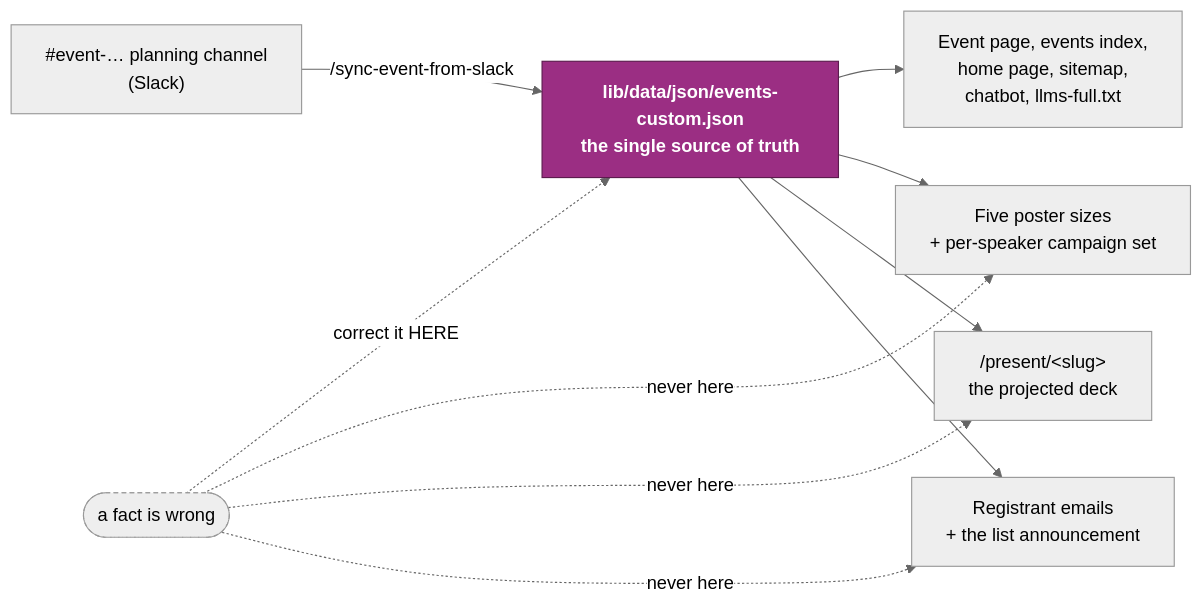
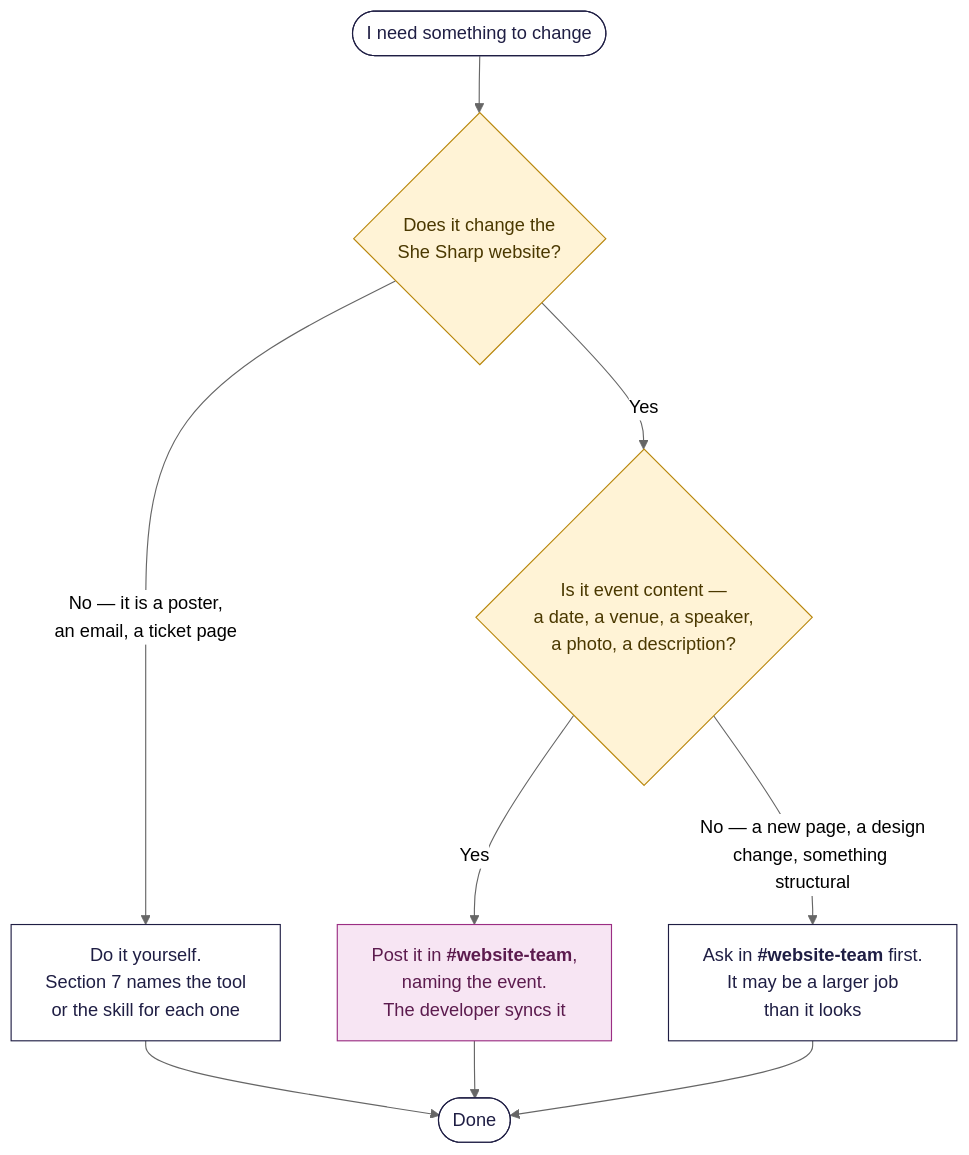
Before and after one commit to ChanMeng666/she-sharp: the second of 17 diagrams in docs/development/EVENT_LIFECYCLE_SOP.md, drawn with Mermaid (neutral theme). The commit also changed other lines of this file and 14 other files, not shown here.

````diff
--- a/docs/development/EVENT_LIFECYCLE_SOP.md
+++ b/docs/development/EVENT_LIFECYCLE_SOP.md
@@ -25,26 +97,21 @@
 ```mermaid
-flowchart LR
-  SLACK["#event-… planning channel<br/>(Slack)"]
-  JSON["<b>lib/data/json/events-custom.json</b><br/>the single source of truth"]
+flowchart TD
+  START(["I need something to change"]) --> Q1{"Does it change the<br/>She Sharp website?"}
 
-  SITE["Event page, events index,<br/>home page, sitemap,<br/>chatbot, llms-full.txt"]
-  POSTER["Five poster sizes<br/>+ per-speaker campaign set"]
-  DECK["/present/&lt;slug&gt;<br/>the projected deck"]
-  MAIL["Registrant emails<br/>+ the list announcement"]
+  Q1 -->|"No — it is a poster,<br/>an email, a ticket page"| SELF["Do it yourself.<br/>Section 7 names the tool<br/>or the skill for each one"]
+  Q1 -->|"Yes"| Q2{"Is it event content —<br/>a date, a venue, a speaker,<br/>a photo, a description?"}
 
-  SLACK -->|"/sync-event-from-slack"| JSON
-  JSON --> SITE
-  JSON --> POSTER
-  JSON --> DECK
-  JSON --> MAIL
+  Q2 -->|"Yes"| SLACK["Post it in <b>#website-team</b>,<br/>naming the event.<br/>The developer syncs it"]
+  Q2 -->|"No — a new page, a design<br/>change, something structural"| ASK["Ask in <b>#website-team</b> first.<br/>It may be a larger job<br/>than it looks"]
 
-  FIX(["a fact is wrong"]) -.->|"correct it HERE"| JSON
-  FIX -.->|"never here"| POSTER
-  FIX -.->|"never here"| DECK
-  FIX -.->|"never here"| MAIL
+  SELF --> DONE(["Done"])
+  SLACK --> DONE
+  ASK --> DONE
 
-  classDef truth fill:#9b2e83,stroke:#5c1b4e,color:#fff,font-weight:bold
-  classDef bad stroke-dasharray:4 3
-  class JSON truth
-  class FIX bad
+  classDef decide fill:#fff3d6,stroke:#b8860b,color:#4a3800
+  classDef human fill:#ffffff,stroke:#1f1e44,color:#1f1e44
+  classDef dev fill:#f7e5f3,stroke:#9b2e83,color:#5c1b4e
+  class Q1,Q2 decide
+  class SELF,ASK,START,DONE human
+  class SLACK dev
 ```
````
